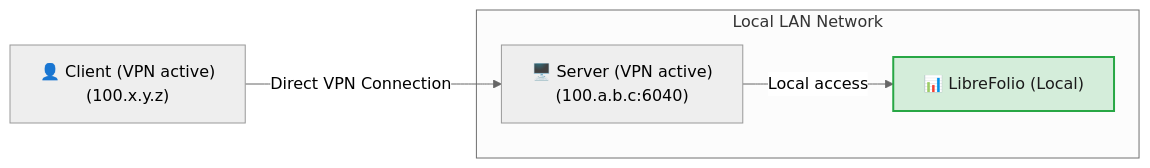
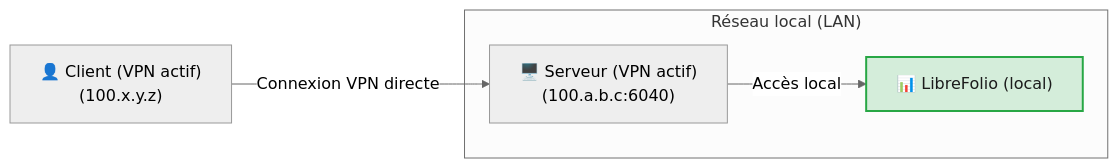
Before and after one commit to Librefolio/LibreFolio: the second of 3 diagrams in mkdocs_src/docs/admin/service_exposure.fr.md, drawn with Mermaid (neutral theme). The commit also changed other lines of this file and 2 other files, not shown here.

````diff
--- a/mkdocs_src/docs/admin/service_exposure.fr.md
+++ b/mkdocs_src/docs/admin/service_exposure.fr.md
@@ -100,8 +98,8 @@
 ```mermaid
 graph LR
-    Client["👤 Client (VPN active)<br>(100.x.y.z)"] -->|Direct VPN Connection| Server["🖥️ Server (VPN active)<br>(100.a.b.c:6040)"]
-    subgraph LAN ["Local LAN Network"]
-        Server -->|Local access| LibreFolio["📊 LibreFolio (Local)"]
+    Client["👤 Client (VPN actif)<br>(100.x.y.z)"] -->|Connexion VPN directe| Server["🖥️ Serveur (VPN actif)<br>(100.a.b.c:6040)"]
+    subgraph LAN ["Réseau local (LAN)"]
+        Server -->|Accès local| LibreFolio["📊 LibreFolio (local)"]
     end
     style LibreFolio fill:#d4edda,color:#1b1b1b,stroke:#28a745,stroke-width:2px;
 ```
````
